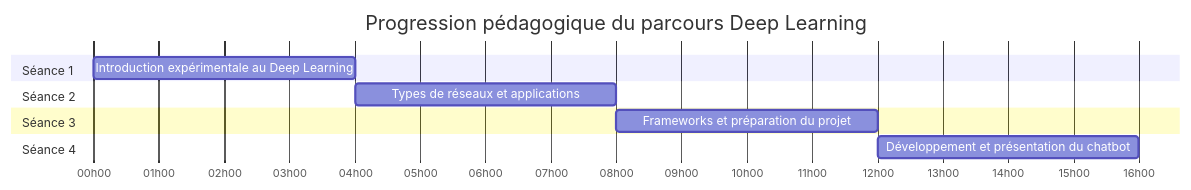
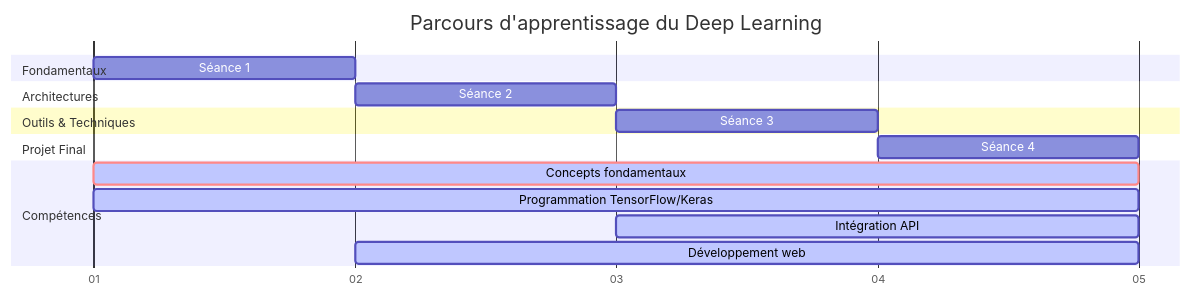
The first of 2 diagrams in docs/carte-progression.md (ggaillard/Atelier-deeplearning), drawn with Mermaid before and after one commit. The commit also changed other lines of this file and 4 other files, not shown here.

````diff
--- a/docs/carte-progression.md
+++ b/docs/carte-progression.md
@@ -11,18 +11,25 @@
 ```mermaid
 gantt
-    title Progression pédagogique du parcours Deep Learning
-    dateFormat HH:mm
-    axisFormat %Hh%M
+    title Parcours d'apprentissage du Deep Learning
+    dateFormat  D
+    axisFormat %d
+    tickInterval 1day
     
-    section Séance 1
-    Introduction expérimentale au Deep Learning    :s1, 00:00, 4h
+    section Fondamentaux
+    Séance 1: Introduction au Deep Learning    :s1, 0, 1d
     
-    section Séance 2
-    Types de réseaux et applications      :s2, after s1, 4h
+    section Architectures
+    Séance 2: Types de réseaux et applications    :s2, after s1, 1d
     
-    section Séance 3
-    Frameworks et préparation du projet   :s3, after s2, 4h
+    section Outils & Techniques
+    Séance 3: Frameworks et préparation du projet    :s3, after s2, 1d
     
-    section Séance 4
-    Développement et présentation du chatbot   :s4, after s3, 4h
+    section Projet Final
+    Séance 4: Développement et présentation du chatbot    :s4, after s3, 1d
+    
+    section Compétences
+    Concepts fondamentaux    :crit, active, c1, 0, 4d
+    Programmation TensorFlow/Keras    :active, c2, 0, 4d
+    Intégration API    :active, c3, after s2, 2d
+    Développement web    :active, c4, after s1, 3d
 ```
````
